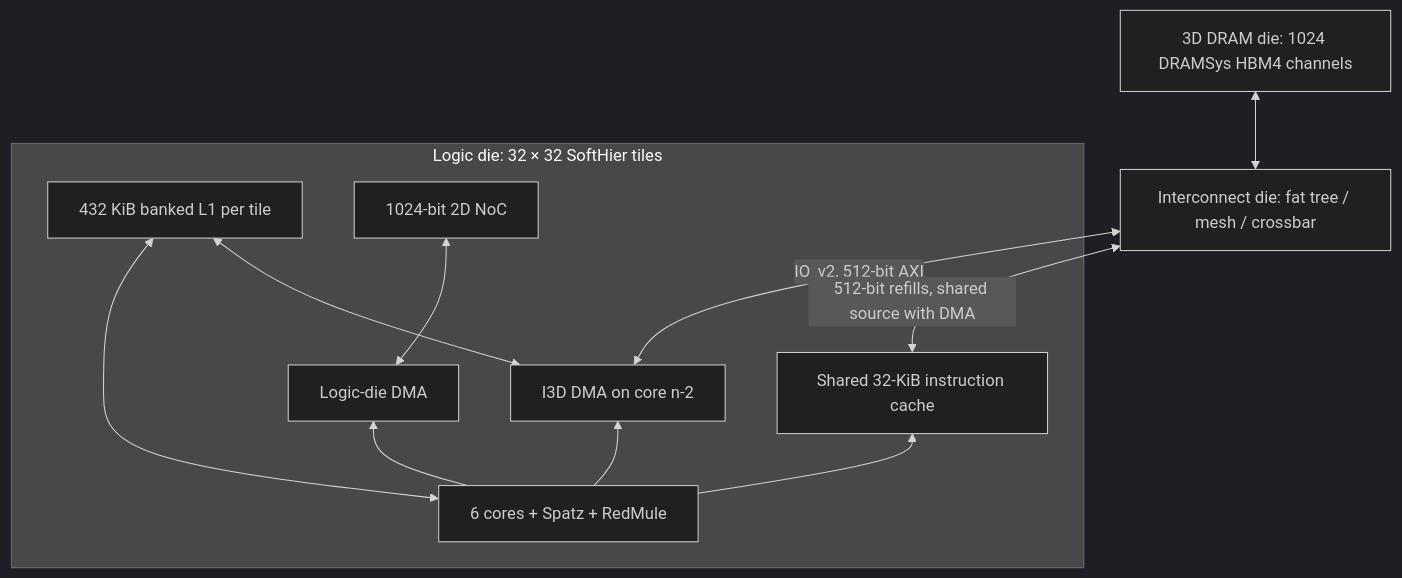
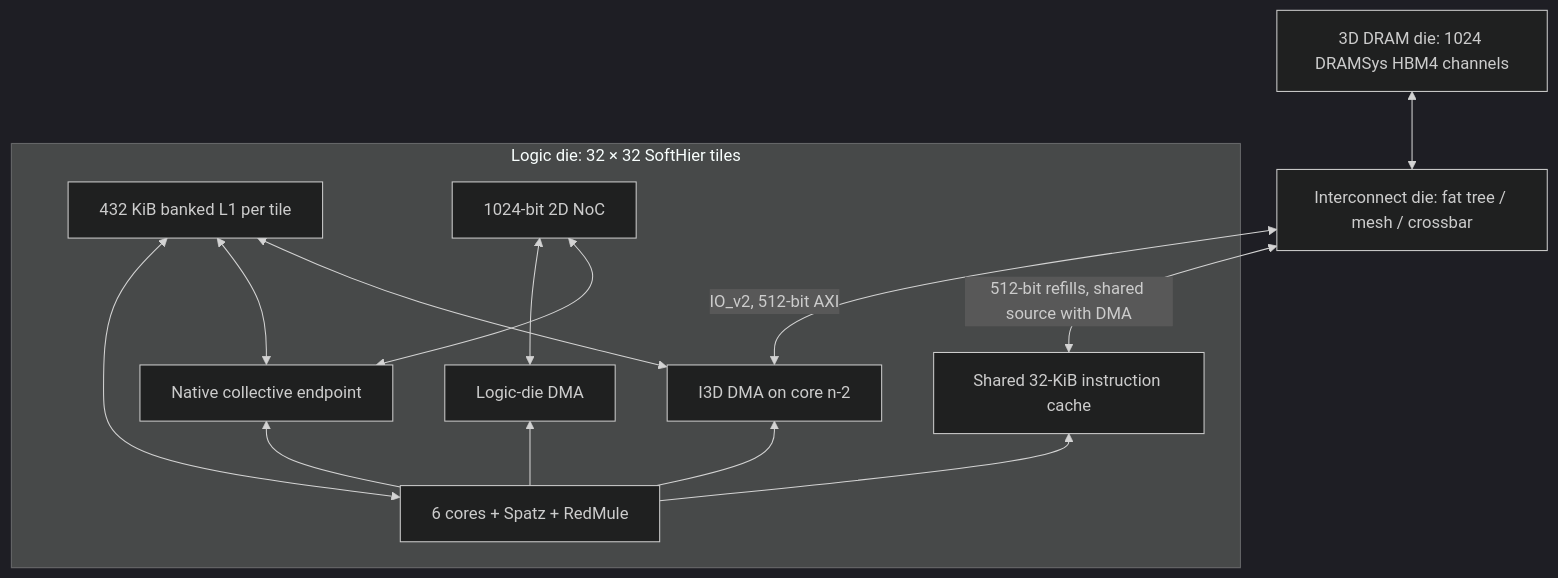
One commit to husterZC/gvsoc-pulp changed the diagram in pulp/chips/arche3d/README.md. Above: the diagram before and after it, drawn with Mermaid (dark theme). The commit also changed other lines of this file and 40 other files, not shown here.

````diff
--- a/pulp/chips/arche3d/README.md
+++ b/pulp/chips/arche3d/README.md
@@ -17,14 +21,17 @@
 ```mermaid
 flowchart BT
   subgraph Logic[Logic die: 32 × 32 SoftHier tiles]
     PE[6 cores + Spatz + RedMule] <--> L1[432 KiB banked L1 per tile]
     PE --> IC[Shared 32-KiB instruction cache]
     PE --> DMA2[Logic-die DMA]
     DMA2 <--> Mesh[1024-bit 2D NoC]
+    PE --> COL[Native collective endpoint]
+    COL <--> Mesh
+    COL <--> L1
     PE --> DMA3[I3D DMA on core n-2]
     DMA3 <--> L1
   end
   DMA3 <-->|IO_v2, 512-bit AXI| I3D[Interconnect die: fat tree / mesh / crossbar]
   IC <-->|512-bit refills, shared source with DMA| I3D
   I3D <--> DRAM[3D DRAM die: 1024 DRAMSys HBM4 channels]
 ```
````
